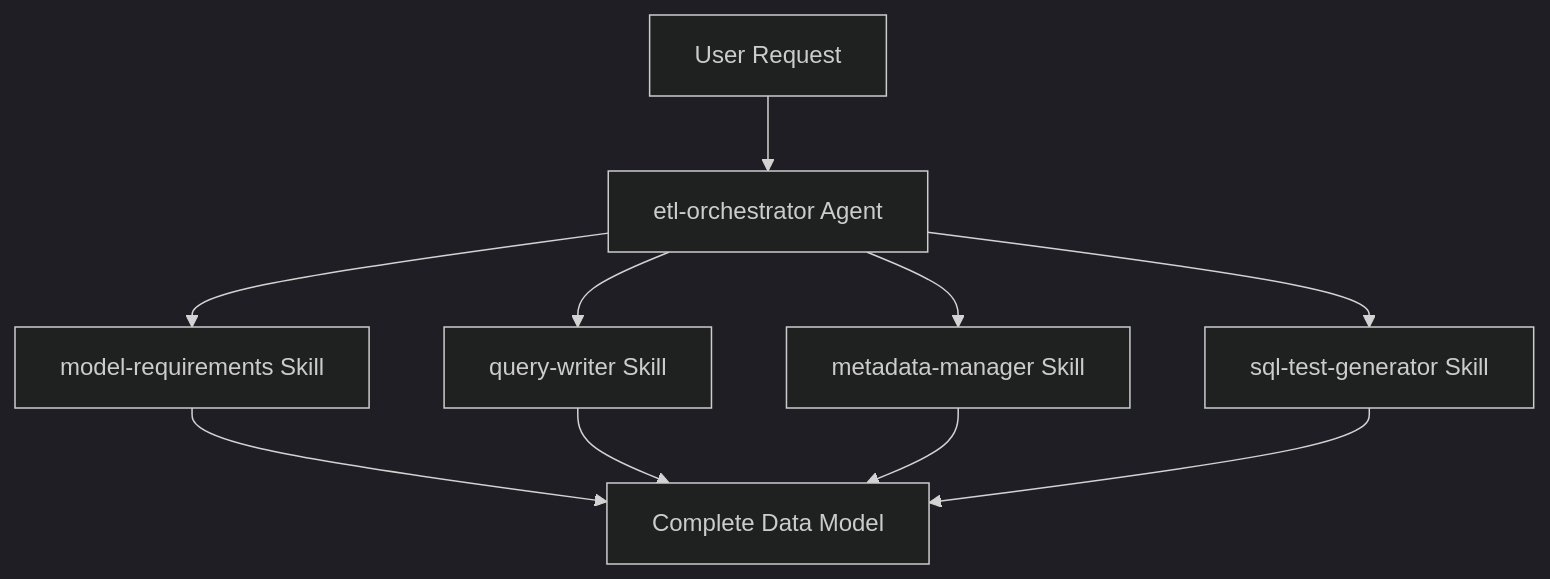
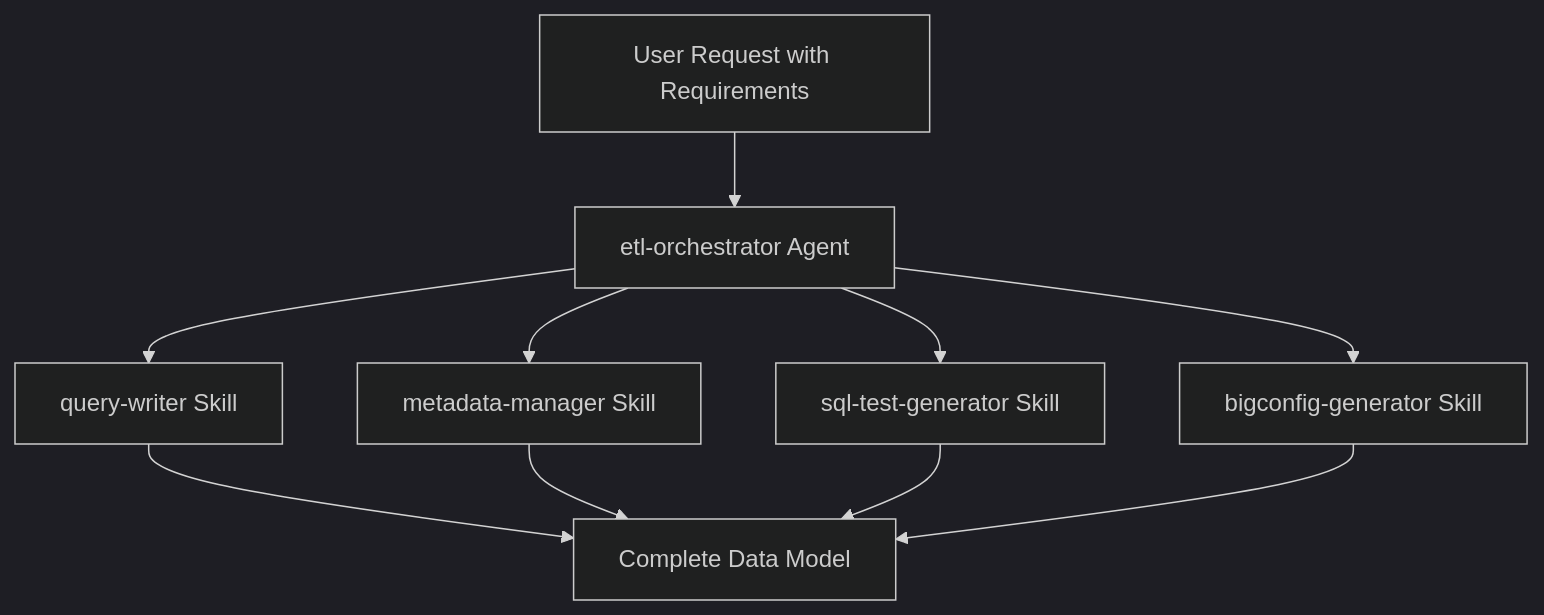
The diagram in docs/agents/overview.md (mozilla/bigquery-etl-skills), drawn with Mermaid (dark theme) before and after one commit. The commit also changed other lines of this file and 3 other files, not shown here.

First line of the commit message:
Clarify etl-orchestrator expects requirements upfront

````diff
--- a/docs/agents/overview.md
+++ b/docs/agents/overview.md
@@ -84,12 +84,12 @@
 ```mermaid
 graph TB
-    A[User Request] --> B[etl-orchestrator Agent]
-    B --> C[model-requirements Skill]
-    B --> D[query-writer Skill]
-    B --> E[metadata-manager Skill]
-    B --> F[sql-test-generator Skill]
+    A[User Request with Requirements] --> B[etl-orchestrator Agent]
+    B --> C[query-writer Skill]
+    B --> D[metadata-manager Skill]
+    B --> E[sql-test-generator Skill]
+    B --> F[bigconfig-generator Skill]
     C --> G[Complete Data Model]
     D --> G
     E --> G
     F --> G
 ```
````
